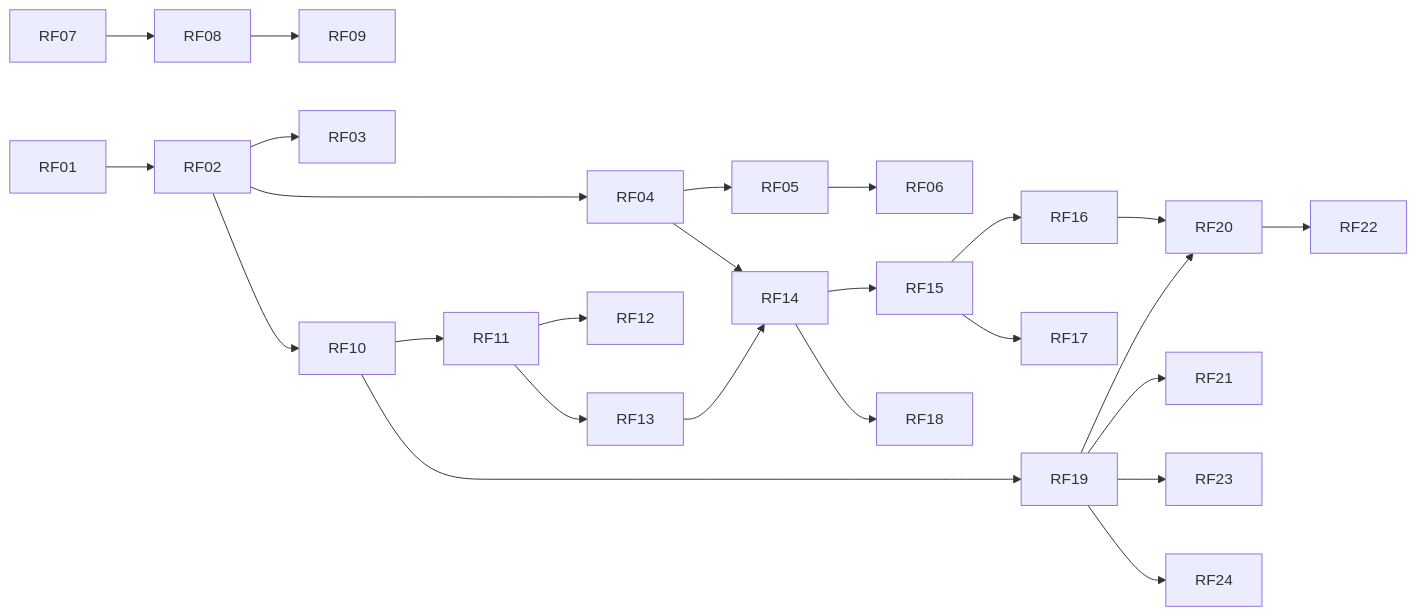
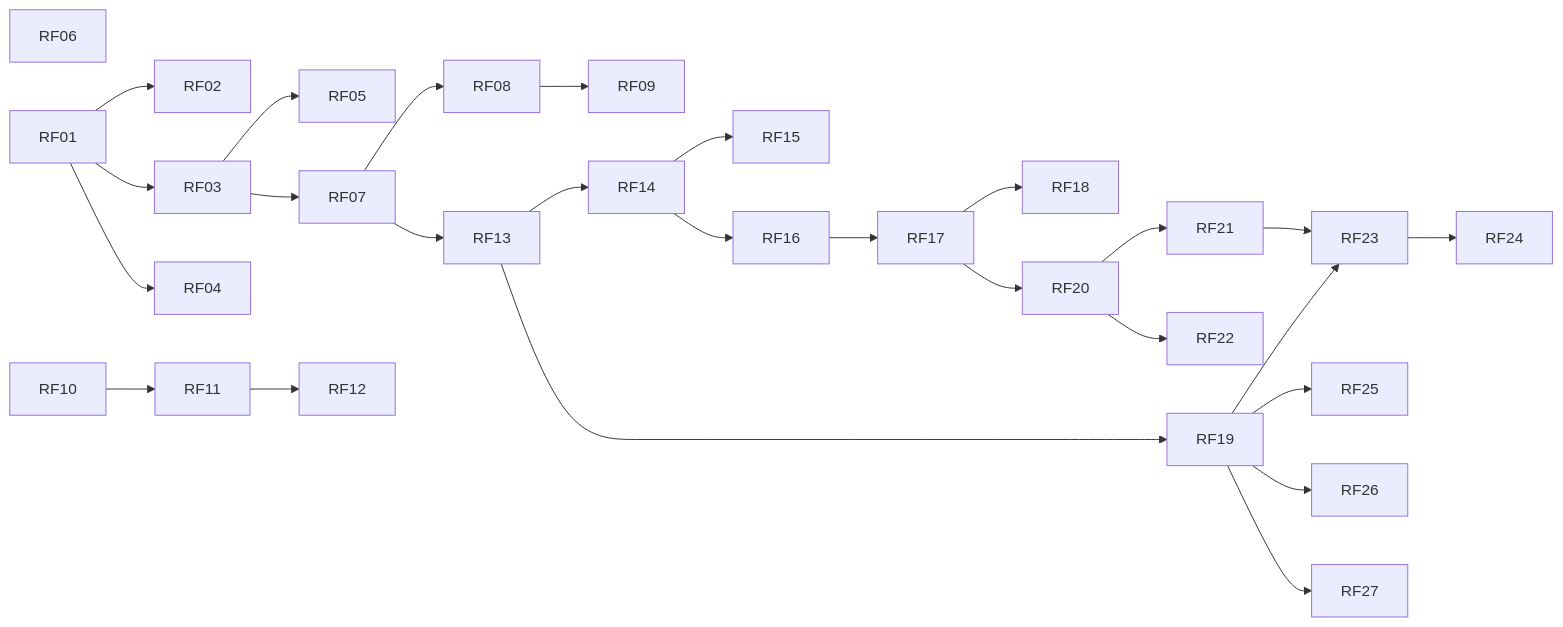
One commit to frnnd95/agorahub-app changed the diagram in docs/requisitos.md. Above: the diagram before and after it, drawn with Mermaid. The commit also changed other lines of this file, not shown here.

````diff
--- a/docs/requisitos.md
+++ b/docs/requisitos.md
@@ -203,17 +243,19 @@
 ```mermaid
 flowchart LR
-    RF01 --> RF02 --> RF03
-    RF02 --> RF04 --> RF05 --> RF06
-    RF07 --> RF08 --> RF09
-    RF02 --> RF10 --> RF11 --> RF12
-    RF11 --> RF13 --> RF14
-    RF04 --> RF14
-    RF14 --> RF15 --> RF16 --> RF20
-    RF15 --> RF17
-    RF14 --> RF18
-    RF10 --> RF19 --> RF20
-    RF19 --> RF21
+    RF06
+    RF01 --> RF02
+    RF01 --> RF03 --> RF05
+    RF01 --> RF04
+    RF03 --> RF07 --> RF08 --> RF09
+    RF10 --> RF11 --> RF12
+    RF07 --> RF13 --> RF14 --> RF15
+    RF14 --> RF16 --> RF17 --> RF18
+    RF13 --> RF19
+    RF17 --> RF20
+    RF20 --> RF21 --> RF23
     RF20 --> RF22
-    RF19 --> RF23
-    RF19 --> RF24
+    RF19 --> RF23 --> RF24
+    RF19 --> RF25
+    RF19 --> RF26
+    RF19 --> RF27
 ```
````
